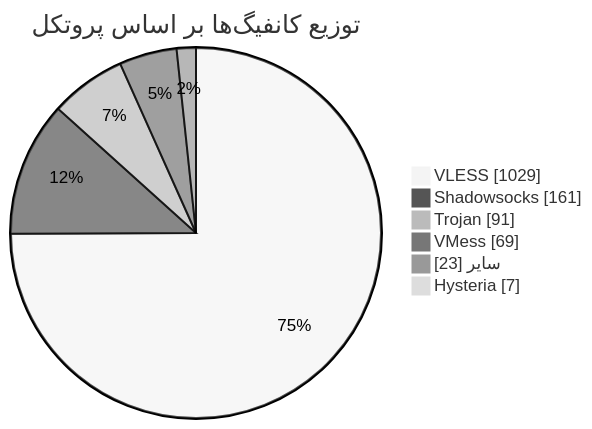
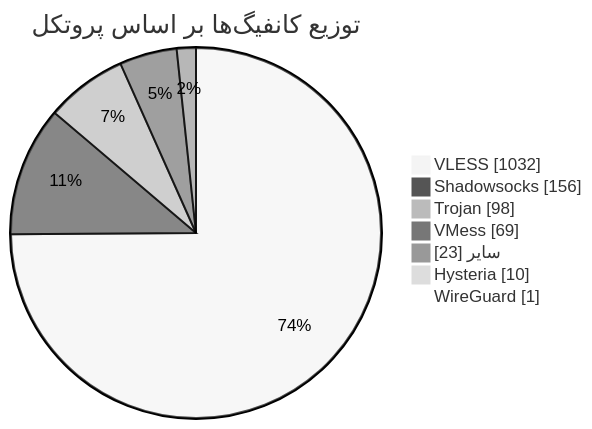
One commit to Arian-Alijani/Somthing changed the diagram in README.md. Above: the diagram before and after it, drawn with Mermaid (neutral theme). The commit also changed other lines of this file and 103 other files, not shown here.

````diff
--- a/README.md
+++ b/README.md
@@ -50,10 +51,11 @@
 ```mermaid
 pie showData
     title توزیع کانفیگ‌ها بر اساس پروتکل
-    "VLESS" : 1029
-    "Shadowsocks" : 161
-    "Trojan" : 91
+    "VLESS" : 1032
+    "Shadowsocks" : 156
+    "Trojan" : 98
     "VMess" : 69
     "سایر" : 23
-    "Hysteria" : 7
+    "Hysteria" : 10
+    "WireGuard" : 1
 ```
````
